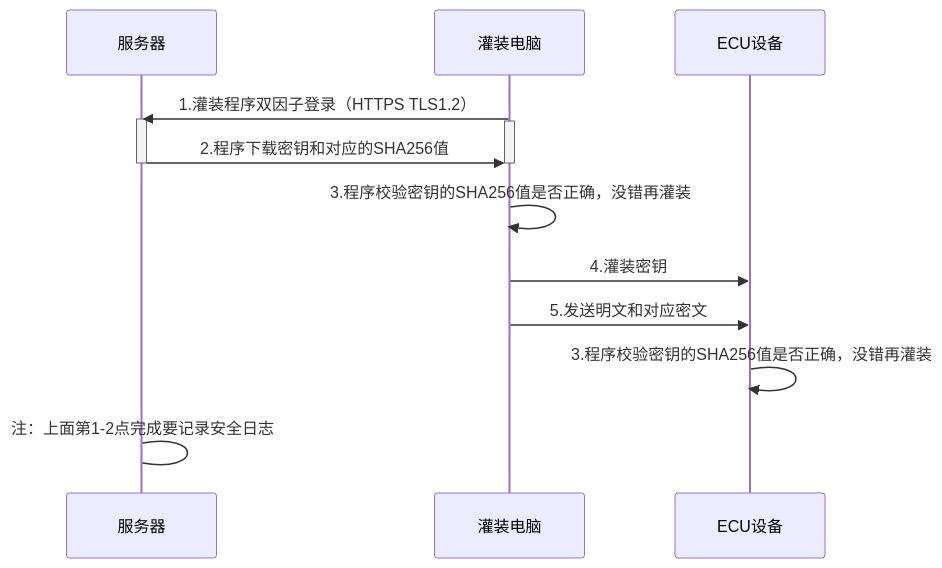
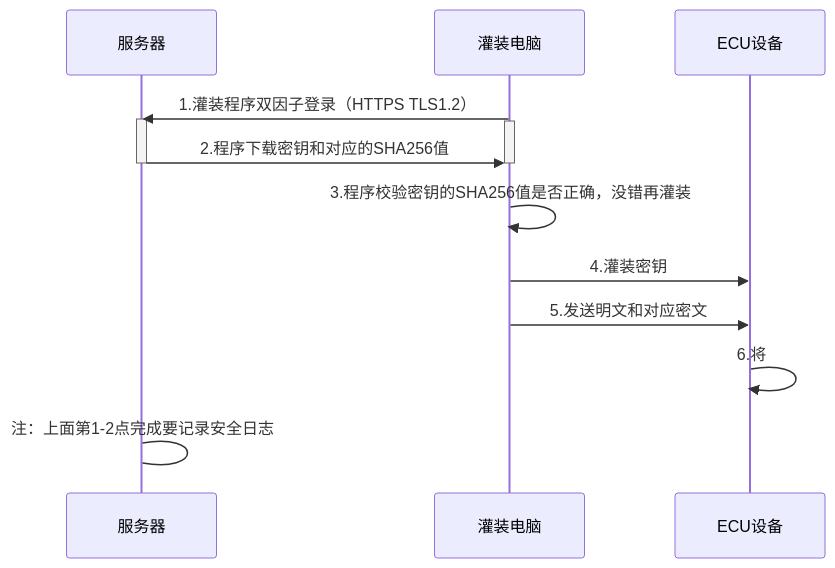
One commit to facebook-cloud/iodraw-files changed the diagram in all/未命名-25.md. Above: the diagram before and after it, drawn with Mermaid.

Commit message:
2026-04-21 15:23:12 update

````diff
--- a/all/未命名-25.md
+++ b/all/未命名-25.md
@@ -1,23 +1,23 @@
 ```mermaid
 sequenceDiagram
   
     participant B as 服务器
     participant D as 灌装电脑
     participant E as ECU设备
 
     D->>B: 1.灌装程序双因子登录（HTTPS TLS1.2）
     activate B
     activate D
 
     B->>D: 2.程序下载密钥和对应的SHA256值 
 
     deactivate B
     deactivate D
     
     D->>D: 3.程序校验密钥的SHA256值是否正确，没错再灌装
     D->>E: 4.灌装密钥
     D->>E: 5.发送明文和对应密文
-    E->>E: 3.程序校验密钥的SHA256值是否正确，没错再灌装
+    E->>E: 6.将
 
     B->B: 注：上面第1-2点完成要记录安全日志
 ```
````
